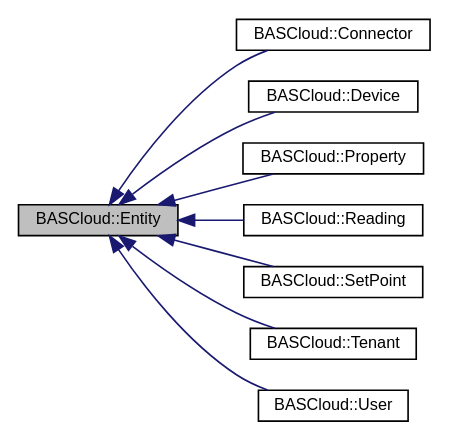
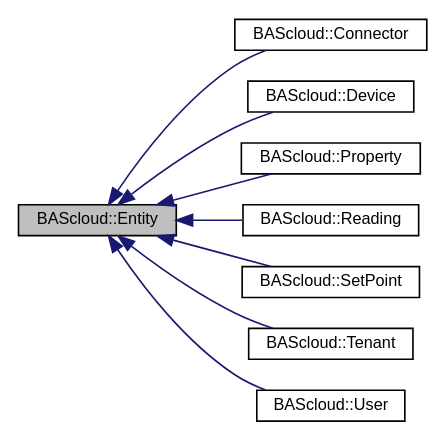
Before and after one commit to bascloud/BAScloudAPI: the diagram in classBASCloud_1_1Entity__inherit__graph.dot, drawn with Graphviz. The commit also changed 193 other files, not shown here.

```diff
--- a/classBASCloud_1_1Entity__inherit__graph.dot
+++ b/classBASCloud_1_1Entity__inherit__graph.dot
@@ -1,22 +1,22 @@
-digraph "BASCloud::Entity"
+digraph "BAScloud::Entity"
 {
  // LATEX_PDF_SIZE
   edge [fontname="Helvetica",fontsize="10",labelfontname="Helvetica",labelfontsize="10"];
   node [fontname="Helvetica",fontsize="10",shape=record];
   rankdir="LR";
-  Node1 [label="BASCloud::Entity",height=0.2,width=0.4,color="black", fillcolor="grey75", style="filled", fontcolor="black",tooltip="Base class modeling a BASCloud entity."];
+  Node1 [label="BAScloud::Entity",height=0.2,width=0.4,color="black", fillcolor="grey75", style="filled", fontcolor="black",tooltip="Base class modeling a BAScloud entity."];
   Node1 -> Node2 [dir="back",color="midnightblue",fontsize="10",style="solid",fontname="Helvetica"];
-  Node2 [label="BASCloud::Connector",height=0.2,width=0.4,color="black", fillcolor="white", style="filled",URL="$classBASCloud_1_1Connector.html",tooltip="A Connector entity represents a BASCloud Connector in a property/building."];
+  Node2 [label="BAScloud::Connector",height=0.2,width=0.4,color="black", fillcolor="white", style="filled",URL="$classBAScloud_1_1Connector.html",tooltip="A Connector entity represents a BAScloud Connector in a property/building."];
   Node1 -> Node3 [dir="back",color="midnightblue",fontsize="10",style="solid",fontname="Helvetica"];
-  Node3 [label="BASCloud::Device",height=0.2,width=0.4,color="black", fillcolor="white", style="filled",URL="$classBASCloud_1_1Device.html",tooltip="A device entity represents a sensor or actor in a property/building."];
+  Node3 [label="BAScloud::Device",height=0.2,width=0.4,color="black", fillcolor="white", style="filled",URL="$classBAScloud_1_1Device.html",tooltip="A device entity represents a sensor or actor in a property/building."];
   Node1 -> Node4 [dir="back",color="midnightblue",fontsize="10",style="solid",fontname="Helvetica"];
-  Node4 [label="BASCloud::Property",height=0.2,width=0.4,color="black", fillcolor="white", style="filled",URL="$classBASCloud_1_1Property.html",tooltip="A Property entity represents a building or location in the BASCloud."];
+  Node4 [label="BAScloud::Property",height=0.2,width=0.4,color="black", fillcolor="white", style="filled",URL="$classBAScloud_1_1Property.html",tooltip="A Property entity represents a building or location in the BAScloud."];
   Node1 -> Node5 [dir="back",color="midnightblue",fontsize="10",style="solid",fontname="Helvetica"];
-  Node5 [label="BASCloud::Reading",height=0.2,width=0.4,color="black", fillcolor="white", style="filled",URL="$classBASCloud_1_1Reading.html",tooltip="A Reading entity represents a reading from a sensor or actor (Device) in a building (Property)."];
+  Node5 [label="BAScloud::Reading",height=0.2,width=0.4,color="black", fillcolor="white", style="filled",URL="$classBAScloud_1_1Reading.html",tooltip="A Reading entity represents a reading from a sensor or actor (Device) in a building (Property)."];
   Node1 -> Node6 [dir="back",color="midnightblue",fontsize="10",style="solid",fontname="Helvetica"];
-  Node6 [label="BASCloud::SetPoint",height=0.2,width=0.4,color="black", fillcolor="white", style="filled",URL="$classBASCloud_1_1SetPoint.html",tooltip="A SetPoint entity represents a future set point for a sensor or actor (Device) in a building (Propert..."];
+  Node6 [label="BAScloud::SetPoint",height=0.2,width=0.4,color="black", fillcolor="white", style="filled",URL="$classBAScloud_1_1SetPoint.html",tooltip="A SetPoint entity represents a future set point for a sensor or actor (Device) in a building (Propert..."];
   Node1 -> Node7 [dir="back",color="midnightblue",fontsize="10",style="solid",fontname="Helvetica"];
-  Node7 [label="BASCloud::Tenant",height=0.2,width=0.4,color="black", fillcolor="white", style="filled",URL="$classBASCloud_1_1Tenant.html",tooltip="A Tenant entity represents a customer/tenant in the BASCloud."];
+  Node7 [label="BAScloud::Tenant",height=0.2,width=0.4,color="black", fillcolor="white", style="filled",URL="$classBAScloud_1_1Tenant.html",tooltip="A Tenant entity represents a customer/tenant in the BAScloud."];
   Node1 -> Node8 [dir="back",color="midnightblue",fontsize="10",style="solid",fontname="Helvetica"];
-  Node8 [label="BASCloud::User",height=0.2,width=0.4,color="black", fillcolor="white", style="filled",URL="$classBASCloud_1_1User.html",tooltip="A User entity represents a API user of the BASCloud."];
+  Node8 [label="BAScloud::User",height=0.2,width=0.4,color="black", fillcolor="white", style="filled",URL="$classBAScloud_1_1User.html",tooltip="A User entity represents a API user of the BAScloud."];
 }
```
